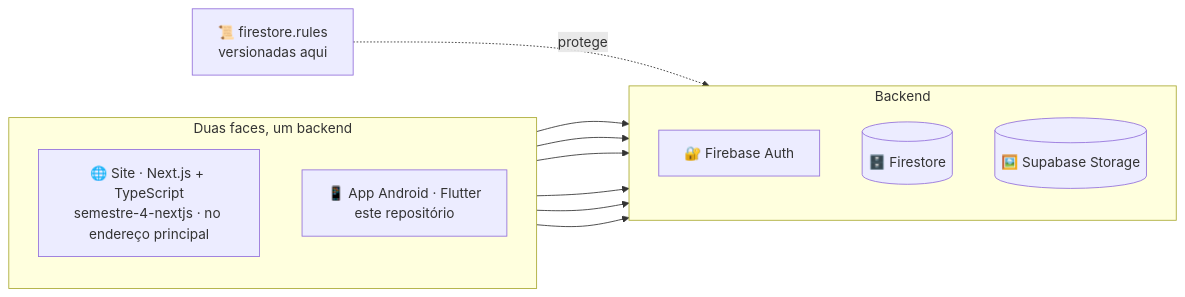
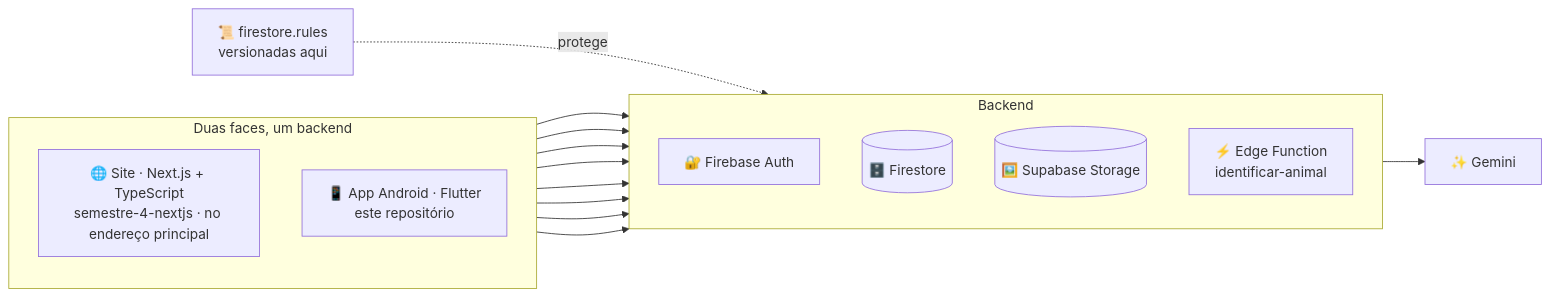
One commit to ecomap-devs/semestre-4-flutter changed the diagram in README.md. Above: the diagram before and after it, drawn with Mermaid. The commit also changed other lines of this file and 2 other files, not shown here.

First line of the commit message:
Alinhar README, AGENTS e CLAUDE ao app depois do visual novo

````diff
--- a/README.md
+++ b/README.md
@@ -42,17 +43,19 @@
 ```mermaid
 flowchart LR
     subgraph faces[Duas faces, um backend]
         direction TB
         web["🌐 Site · Next.js + TypeScript<br/>semestre-4-nextjs · no endereço principal"]
         app["📱 App Android · Flutter<br/>este repositório"]
     end
     subgraph backend[Backend]
         direction TB
         auth[🔐 Firebase Auth]
         fs[(🗄️ Firestore)]
         sb[(🖼️ Supabase Storage)]
+        fn["⚡ Edge Function<br/>identificar-animal"]
     end
-    web --> auth & fs & sb
-    app --> auth & fs & sb
+    web --> auth & fs & sb & fn
+    app --> auth & fs & sb & fn
+    fn --> gemini["✨ Gemini"]
     regras["📜 firestore.rules<br/>versionadas aqui"] -. protege .-> fs
 ```
````
